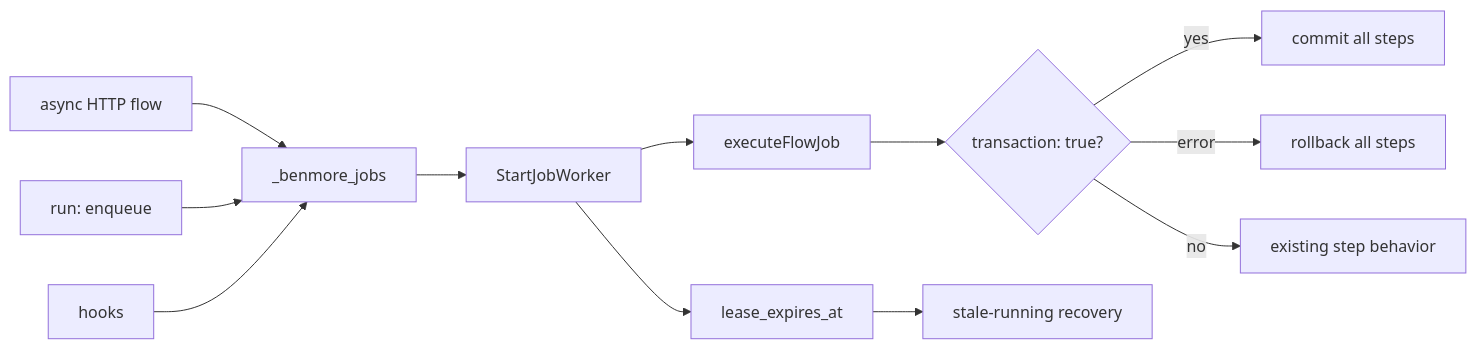
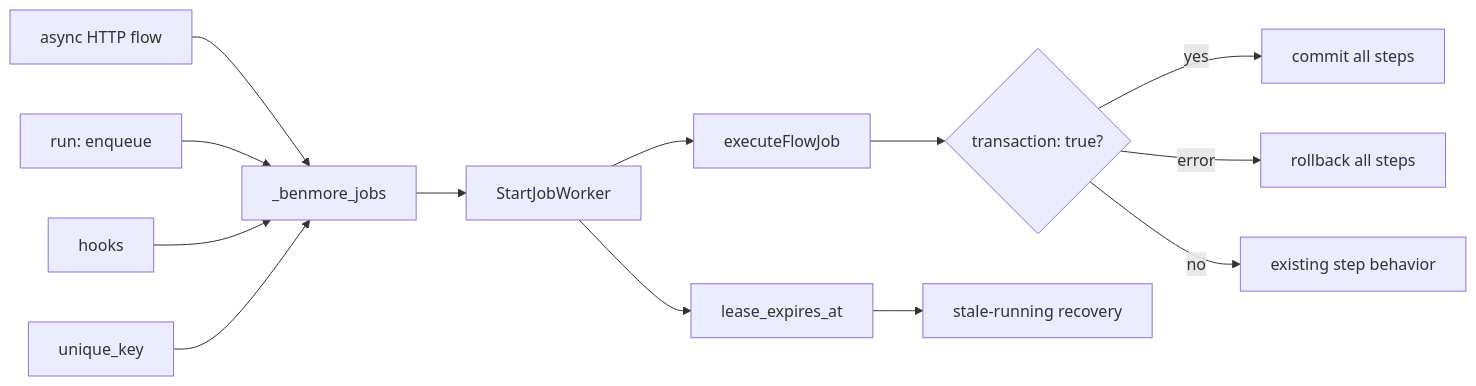
Before and after one commit to Benmore-Studio/benmore: the diagram in docs/agent/durable-jobs.md, drawn with Mermaid. The commit also changed other lines of this file and 3 other files, not shown here.

````diff
--- a/docs/agent/durable-jobs.md
+++ b/docs/agent/durable-jobs.md
@@ -9,14 +9,15 @@
 ```mermaid
 flowchart LR
   HTTP[async HTTP flow] --> Jobs[_benmore_jobs]
   Enqueue[run: enqueue] --> Jobs
   Hooks[hooks] --> Jobs
+  Unique[unique_key] --> Jobs
   Jobs --> Worker[StartJobWorker]
   Worker --> Lease[lease_expires_at]
   Worker --> Flow[executeFlowJob]
   Flow --> Tx{transaction: true?}
   Tx -->|yes| Commit[commit all steps]
   Tx -->|error| Rollback[rollback all steps]
   Tx -->|no| Direct[existing step behavior]
   Lease --> Recovery[stale-running recovery]
 ```
````
